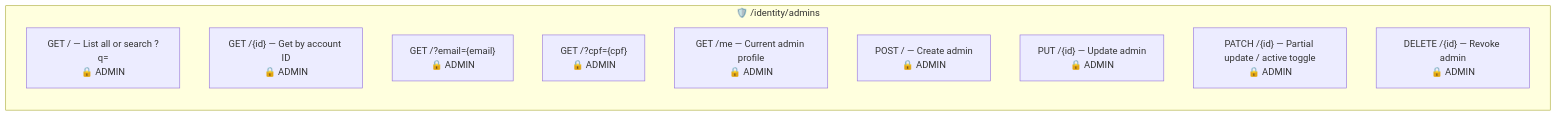
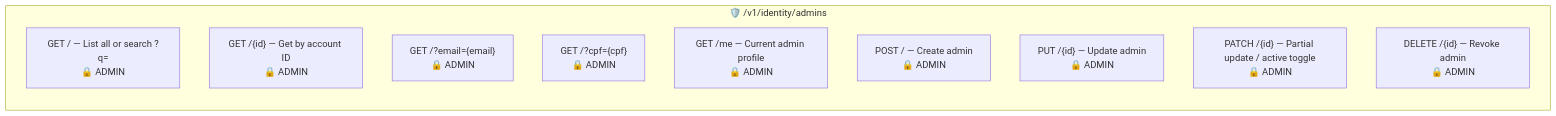
The fifth of 7 diagrams in src/main/java/br/org/catolicasc/pug/identity/README.md (Plataforma-Universidade-Gratuita/pug-service), drawn with Mermaid before and after one commit. The commit also changed other lines of this file and 137 other files, not shown here.

````diff
--- a/src/main/java/br/org/catolicasc/pug/identity/README.md
+++ b/src/main/java/br/org/catolicasc/pug/identity/README.md
@@ -136,15 +136,15 @@
 ```mermaid
 graph LR
-    subgraph Admins["🛡️ /identity/admins"]
+    subgraph Admins["🛡️ /v1/identity/admins"]
         direction TB
         GET_LIST["GET / — List all or search ?q=<br/>🔒 ADMIN"]
         GET_ID["GET /{id} — Get by account ID<br/>🔒 ADMIN"]
         GET_EMAIL["GET /?email={email}<br/>🔒 ADMIN"]
         GET_CPF["GET /?cpf={cpf}<br/>🔒 ADMIN"]
         GET_ME["GET /me — Current admin profile<br/>🔒 ADMIN"]
         POST["POST / — Create admin<br/>🔒 ADMIN"]
         PUT["PUT /{id} — Update admin<br/>🔒 ADMIN"]
         PATCH["PATCH /{id} — Partial update / active toggle<br/>🔒 ADMIN"]
         DELETE["DELETE /{id} — Revoke admin<br/>🔒 ADMIN"]
     end
 ```
````
